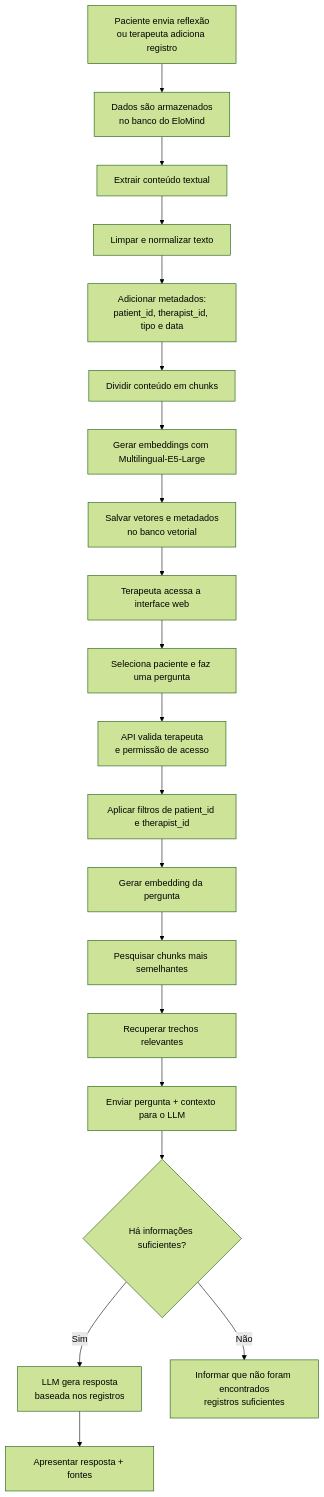
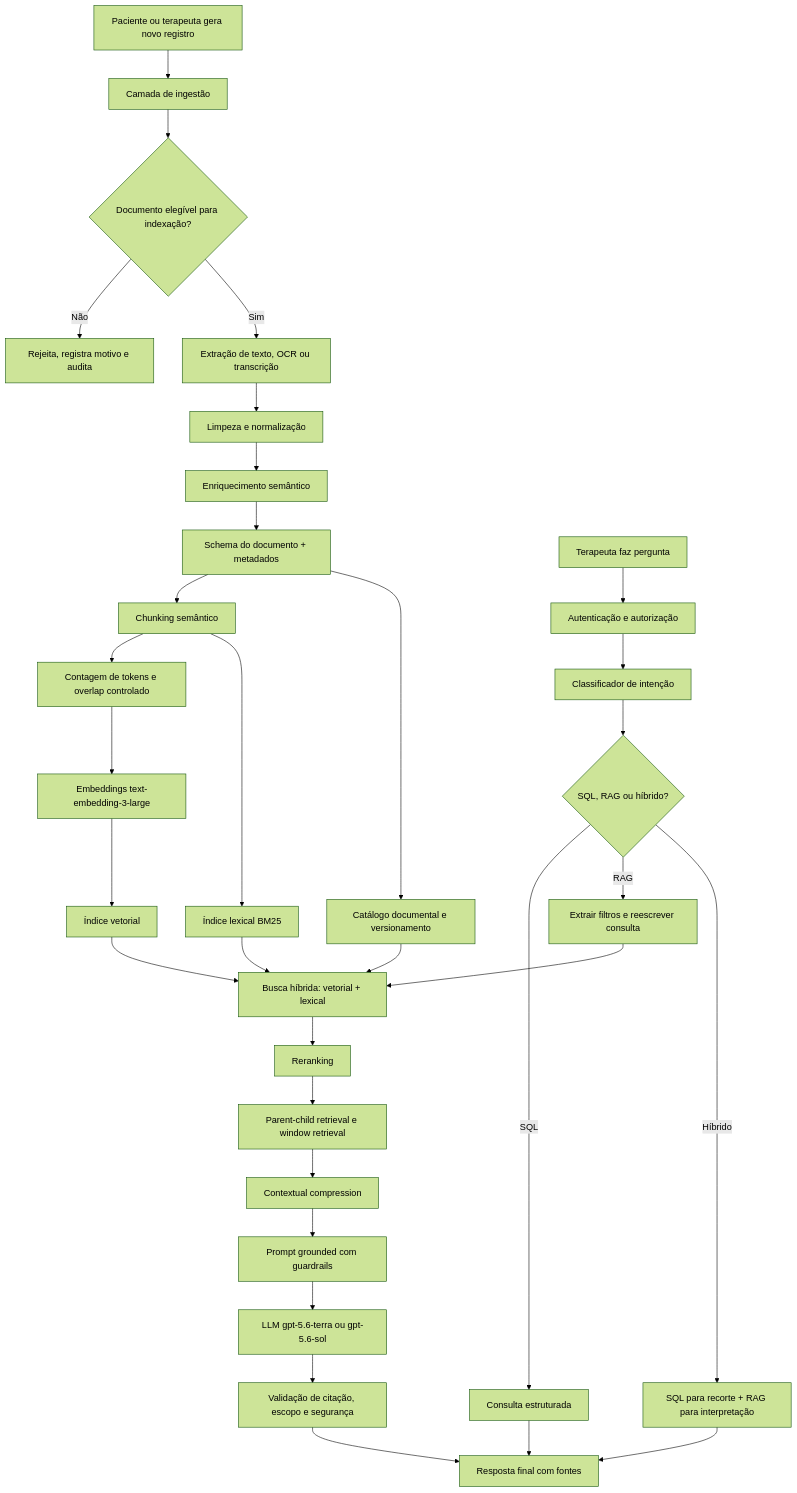
One commit to alisson10000/residencia_ia changed the first of 2 diagrams in AULA_06/cenarios.md. Above: the diagram before and after it, drawn with Mermaid (forest theme). The commit also changed other lines of this file, not shown here.

Commit message:
Atualizaçãoes no documentos dos cenários com melhoria nos chuncks, metadados e schemas

````diff
--- a/AULA_06/cenarios.md
+++ b/AULA_06/cenarios.md
@@ -563,22 +682,37 @@
 ```mermaid
 flowchart TD
-    A[Paciente envia reflexão<br/>ou terapeuta adiciona registro] --> B[Dados são armazenados<br/>no banco do EloMind]
-    B --> C[Extrair conteúdo textual]
-    C --> D[Limpar e normalizar texto]
-    D --> E[Adicionar metadados:<br/>patient_id, therapist_id, tipo e data]
-    E --> F[Dividir conteúdo em chunks]
-    F --> G[Gerar embeddings com Multilingual-E5-Large]
-    G --> H[Salvar vetores e metadados<br/>no banco vetorial]
-    H --> I[Terapeuta acessa a interface web]
-    I --> J[Seleciona paciente e faz uma pergunta]
-    J --> K[API valida terapeuta<br/>e permissão de acesso]
-    K --> L[Aplicar filtros de patient_id e therapist_id]
-    L --> M[Gerar embedding da pergunta]
-    M --> N[Pesquisar chunks mais semelhantes]
-    N --> O[Recuperar trechos relevantes]
-    O --> P[Enviar pergunta + contexto para o LLM]
-    P --> Q{Há informações suficientes?}
-    Q -- Sim --> R[LLM gera resposta<br/>baseada nos registros]
-    R --> S[Apresentar resposta + fontes]
-    Q -- Não --> T[Informar que não foram encontrados<br/>registros suficientes]
+    A[Paciente ou terapeuta gera novo registro] --> B[Camada de ingestão]
+    B --> C{Documento elegível para indexação?}
+    C -- Não --> C1[Rejeita, registra motivo e audita]
+    C -- Sim --> D[Extração de texto, OCR ou transcrição]
+    D --> E[Limpeza e normalização]
+    E --> F[Enriquecimento semântico]
+    F --> G[Schema do documento + metadados]
+    G --> H[Chunking semântico]
+    H --> I[Contagem de tokens e overlap controlado]
+    I --> J[Embeddings text-embedding-3-large]
+    J --> K[Índice vetorial]
+    H --> L[Índice lexical BM25]
+    G --> M[Catálogo documental e versionamento]
+
+    N[Terapeuta faz pergunta] --> O[Autenticação e autorização]
+    O --> P[Classificador de intenção]
+    P --> Q{SQL, RAG ou híbrido?}
+    Q -- SQL --> R[Consulta estruturada]
+    Q -- RAG --> S[Extrair filtros e reescrever consulta]
+    Q -- Híbrido --> T[SQL para recorte + RAG para interpretação]
+
+    S --> U[Busca híbrida: vetorial + lexical]
+    K --> U
+    L --> U
+    M --> U
+    U --> V[Reranking]
+    V --> W[Parent-child retrieval e window retrieval]
+    W --> X[Contextual compression]
+    X --> Y[Prompt grounded com guardrails]
+    Y --> Z[LLM gpt-5.6-terra ou gpt-5.6-sol]
+    Z --> AA[Validação de citação, escopo e segurança]
+    AA --> AB[Resposta final com fontes]
+    R --> AB
+    T --> AB
 ```
````
